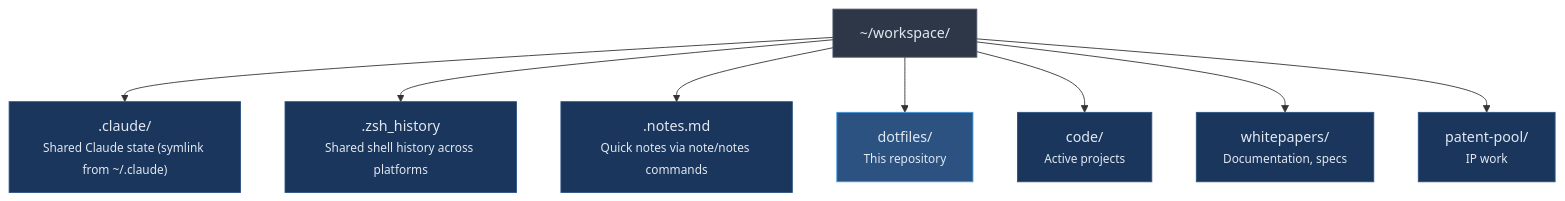
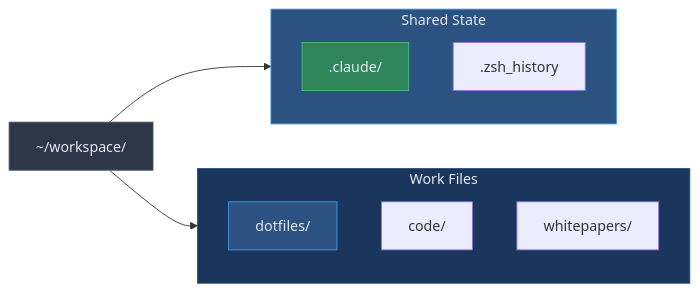
Before and after one commit to blackwell-systems/blackdot: the second of 4 diagrams in docs/README-FULL.md, drawn with Mermaid. The commit also changed other lines of this file, not shown here.

````diff
--- a/docs/README-FULL.md
+++ b/docs/README-FULL.md
@@ -382,29 +382,24 @@
 ```mermaid
-graph TB
+graph LR
     workspace["~/workspace/"]
 
-    claude[".claude/<br/><small>Shared Claude state (symlink from ~/.claude)</small>"]
-    history[".zsh_history<br/><small>Shared shell history across platforms</small>"]
-    notes[".notes.md<br/><small>Quick notes via note/notes commands</small>"]
-    dotfiles["dotfiles/<br/><small>This repository</small>"]
-    code["code/<br/><small>Active projects</small>"]
-    whitepapers["whitepapers/<br/><small>Documentation, specs</small>"]
-    patents["patent-pool/<br/><small>IP work</small>"]
+    subgraph state["Shared State"]
+        claude[".claude/"]
+        history[".zsh_history"]
+    end
 
-    workspace --> claude
-    workspace --> history
-    workspace --> notes
-    workspace --> dotfiles
-    workspace --> code
-    workspace --> whitepapers
-    workspace --> patents
+    subgraph work["Work Files"]
+        dotfiles["dotfiles/"]
+        code["code/"]
+        docs["whitepapers/"]
+    end
+
+    workspace --> state
+    workspace --> work
 
     style workspace fill:#2d3748,stroke:#4a5568,color:#e2e8f0
-    style claude fill:#1a365d,stroke:#2c5282,color:#e2e8f0
-    style history fill:#1a365d,stroke:#2c5282,color:#e2e8f0
-    style notes fill:#1a365d,stroke:#2c5282,color:#e2e8f0
+    style state fill:#2c5282,stroke:#4299e1,color:#e2e8f0
+    style work fill:#1a365d,stroke:#2c5282,color:#e2e8f0
+    style claude fill:#2f855a,stroke:#48bb78,color:#e2e8f0
     style dotfiles fill:#2c5282,stroke:#4299e1,color:#e2e8f0
-    style code fill:#1a365d,stroke:#2c5282,color:#e2e8f0
-    style whitepapers fill:#1a365d,stroke:#2c5282,color:#e2e8f0
-    style patents fill:#1a365d,stroke:#2c5282,color:#e2e8f0
 ```
````
